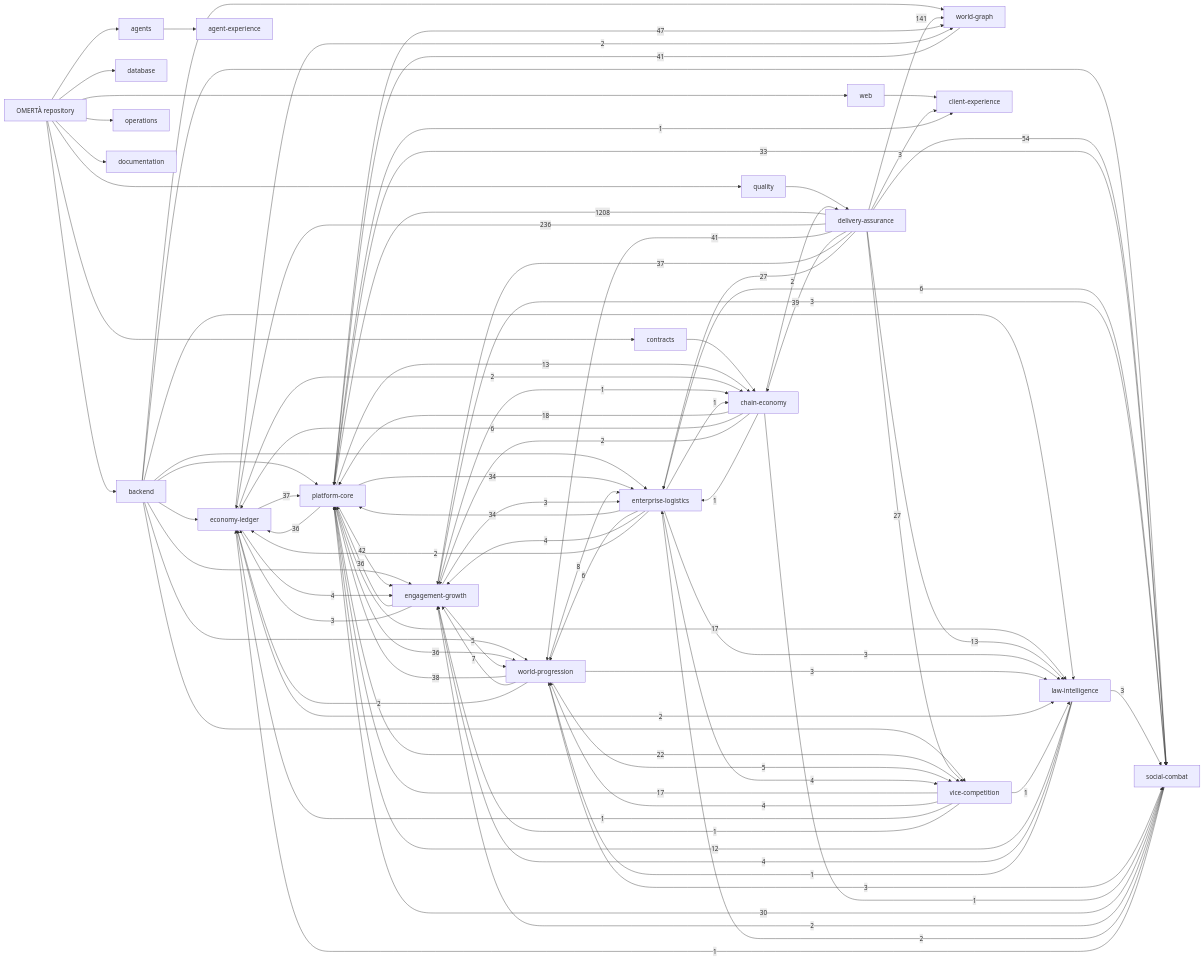
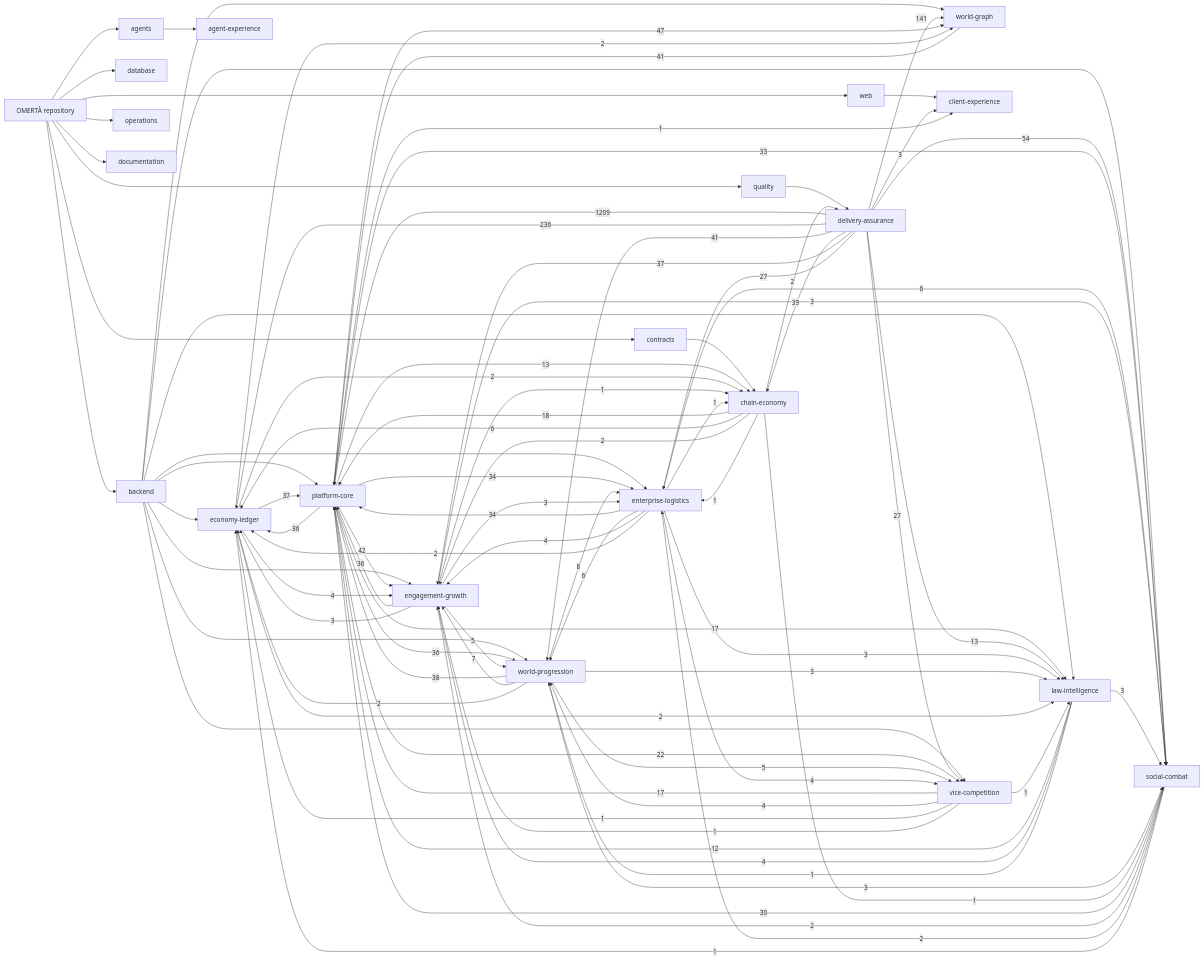
Before and after one commit to OmertaDev/Omerta: the diagram in knowledge/generated/graph.mmd, drawn with Mermaid. The commit also changed 5 other files, not shown here.

Commit message:
Refresh graph for exact Crew receipt repair revision

```diff
--- a/knowledge/generated/graph.mmd
+++ b/knowledge/generated/graph.mmd
@@ -1,111 +1,111 @@
 flowchart LR
   repo["OMERTÀ repository"]
   sub_backend["backend"]
   repo --> sub_backend
   sub_database["database"]
   repo --> sub_database
   sub_web["web"]
   repo --> sub_web
   sub_contracts["contracts"]
   repo --> sub_contracts
   sub_agents["agents"]
   repo --> sub_agents
   sub_quality["quality"]
   repo --> sub_quality
   sub_operations["operations"]
   repo --> sub_operations
   sub_documentation["documentation"]
   repo --> sub_documentation
   dom_platform-core["platform-core"]
   dom_economy-ledger["economy-ledger"]
   dom_social-combat["social-combat"]
   dom_world-progression["world-progression"]
   dom_world-graph["world-graph"]
   dom_enterprise-logistics["enterprise-logistics"]
   dom_vice-competition["vice-competition"]
   dom_law-intelligence["law-intelligence"]
   dom_chain-economy["chain-economy"]
   dom_engagement-growth["engagement-growth"]
   dom_client-experience["client-experience"]
   dom_agent-experience["agent-experience"]
   dom_delivery-assurance["delivery-assurance"]
   sub_agents --> dom_agent-experience
   sub_backend --> dom_economy-ledger
   sub_backend --> dom_engagement-growth
   sub_backend --> dom_enterprise-logistics
   sub_backend --> dom_law-intelligence
   sub_backend --> dom_platform-core
   sub_backend --> dom_social-combat
   sub_backend --> dom_vice-competition
   sub_backend --> dom_world-graph
   sub_backend --> dom_world-progression
   sub_contracts --> dom_chain-economy
   sub_quality --> dom_delivery-assurance
   sub_web --> dom_client-experience
-  dom_delivery-assurance -->|1208| dom_platform-core
+  dom_delivery-assurance -->|1209| dom_platform-core
   dom_delivery-assurance -->|236| dom_economy-ledger
   dom_delivery-assurance -->|141| dom_world-graph
   dom_delivery-assurance -->|54| dom_social-combat
   dom_platform-core -->|47| dom_world-graph
   dom_platform-core -->|42| dom_engagement-growth
   dom_delivery-assurance -->|41| dom_world-progression
   dom_world-graph -->|41| dom_platform-core
   dom_delivery-assurance -->|39| dom_chain-economy
   dom_world-progression -->|38| dom_platform-core
   dom_delivery-assurance -->|37| dom_engagement-growth
   dom_economy-ledger -->|37| dom_platform-core
   dom_engagement-growth -->|36| dom_platform-core
   dom_platform-core -->|36| dom_economy-ledger
   dom_platform-core -->|36| dom_world-progression
   dom_enterprise-logistics -->|34| dom_platform-core
   dom_platform-core -->|34| dom_enterprise-logistics
   dom_platform-core -->|33| dom_social-combat
   dom_social-combat -->|30| dom_platform-core
   dom_delivery-assurance -->|27| dom_enterprise-logistics
   dom_delivery-assurance -->|27| dom_vice-competition
   dom_platform-core -->|22| dom_vice-competition
   dom_chain-economy -->|18| dom_platform-core
   dom_platform-core -->|17| dom_law-intelligence
   dom_vice-competition -->|17| dom_platform-core
   dom_delivery-assurance -->|13| dom_law-intelligence
   dom_platform-core -->|13| dom_chain-economy
   dom_law-intelligence -->|12| dom_platform-core
   dom_world-progression -->|8| dom_enterprise-logistics
   dom_world-progression -->|7| dom_engagement-growth
   dom_chain-economy -->|6| dom_economy-ledger
   dom_enterprise-logistics -->|6| dom_social-combat
   dom_enterprise-logistics -->|6| dom_world-progression
   dom_engagement-growth -->|5| dom_world-progression
   dom_world-progression -->|5| dom_vice-competition
   dom_economy-ledger -->|4| dom_engagement-growth
   dom_enterprise-logistics -->|4| dom_engagement-growth
   dom_enterprise-logistics -->|4| dom_vice-competition
   dom_law-intelligence -->|4| dom_engagement-growth
   dom_vice-competition -->|4| dom_world-progression
   dom_delivery-assurance -->|3| dom_client-experience
   dom_engagement-growth -->|3| dom_economy-ledger
   dom_engagement-growth -->|3| dom_enterprise-logistics
   dom_engagement-growth -->|3| dom_social-combat
   dom_enterprise-logistics -->|3| dom_law-intelligence
   dom_law-intelligence -->|3| dom_social-combat
   dom_world-progression -->|3| dom_law-intelligence
   dom_world-progression -->|3| dom_social-combat
   dom_chain-economy -->|2| dom_delivery-assurance
   dom_chain-economy -->|2| dom_engagement-growth
   dom_economy-ledger -->|2| dom_chain-economy
   dom_economy-ledger -->|2| dom_law-intelligence
   dom_economy-ledger -->|2| dom_world-graph
   dom_enterprise-logistics -->|2| dom_economy-ledger
   dom_social-combat -->|2| dom_engagement-growth
   dom_social-combat -->|2| dom_enterprise-logistics
   dom_world-progression -->|2| dom_economy-ledger
   dom_chain-economy -->|1| dom_enterprise-logistics
   dom_chain-economy -->|1| dom_social-combat
   dom_engagement-growth -->|1| dom_chain-economy
   dom_enterprise-logistics -->|1| dom_chain-economy
   dom_law-intelligence -->|1| dom_world-progression
   dom_platform-core -->|1| dom_client-experience
   dom_social-combat -->|1| dom_economy-ledger
   dom_vice-competition -->|1| dom_economy-ledger
   dom_vice-competition -->|1| dom_engagement-growth
   dom_vice-competition -->|1| dom_law-intelligence
```
